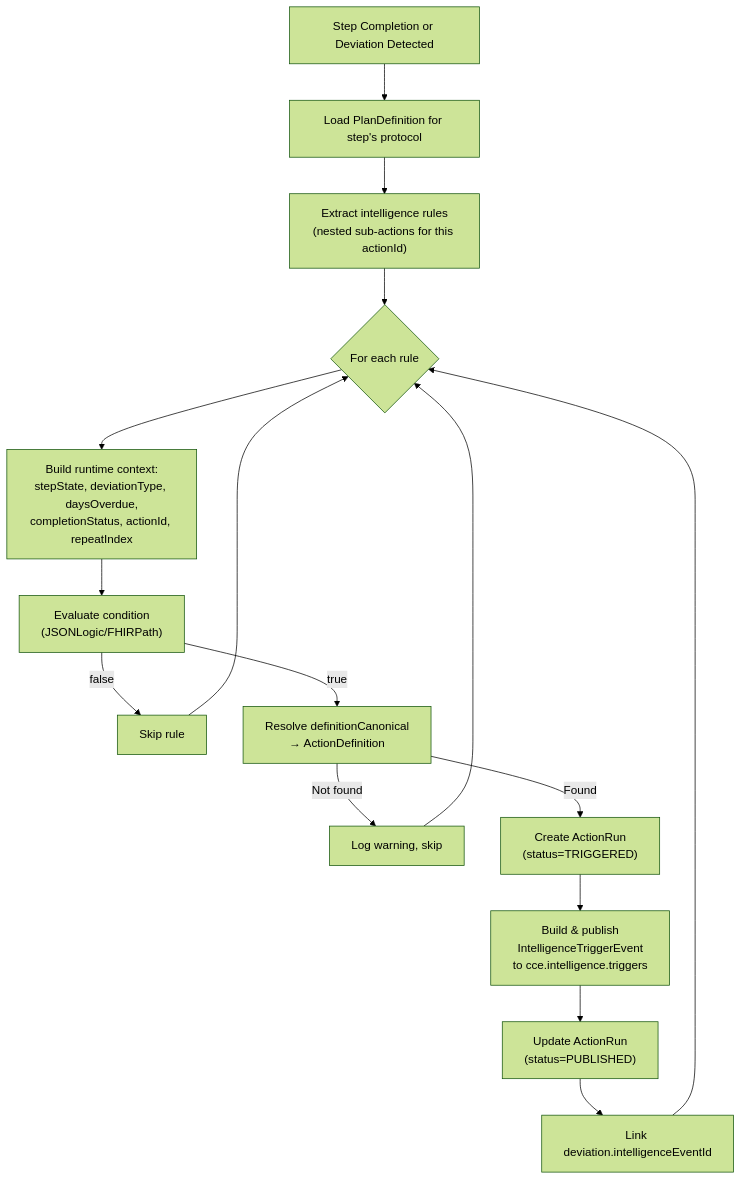
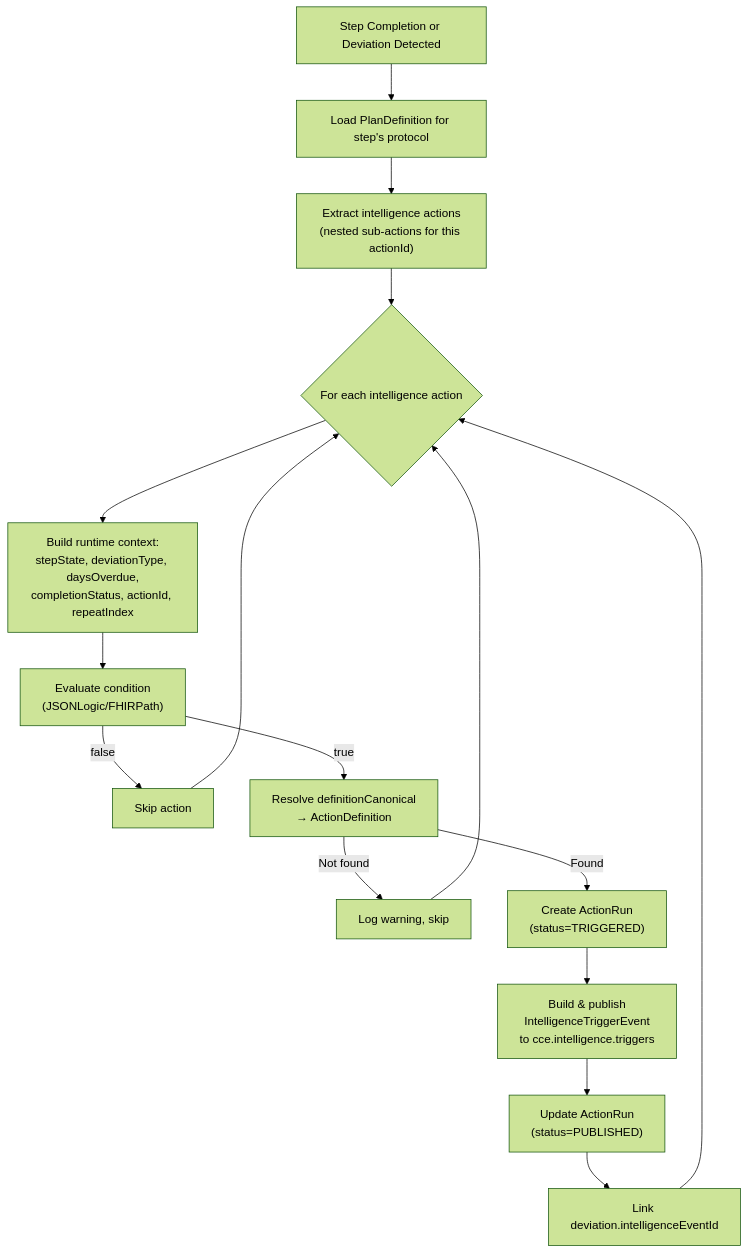
One commit to Jayaprakash8887/cce-compliance-service changed the seventh of 8 diagrams in docs/architecture-overview.md. Above: the diagram before and after it, drawn with Mermaid (forest theme). The commit also changed other lines of this file and 1 other file, not shown here.

Commit message:
Update to resolve confusion between rule and action

````diff
--- a/docs/architecture-overview.md
+++ b/docs/architecture-overview.md
@@ -473,22 +473,22 @@
 ```mermaid
 flowchart TD
     TRIGGER["Step Completion or Deviation Detected"] --> LOAD["Load PlanDefinition for step's protocol"]
-    LOAD --> EXTRACT["Extract intelligence rules<br/>(nested sub-actions for this actionId)"]
-    EXTRACT --> LOOP{"For each rule"}
+    LOAD --> EXTRACT["Extract intelligence actions<br/>(nested sub-actions for this actionId)"]
+    EXTRACT --> LOOP{"For each intelligence action"}
 
     LOOP --> BUILD["Build runtime context:<br/>stepState, deviationType, daysOverdue,<br/>completionStatus, actionId, repeatIndex"]
     BUILD --> EVAL["Evaluate condition<br/>(JSONLogic/FHIRPath)"]
 
-    EVAL -->|"false"| SKIP["Skip rule"]
+    EVAL -->|"false"| SKIP["Skip action"]
     EVAL -->|"true"| RESOLVE["Resolve definitionCanonical<br/>→ ActionDefinition"]
 
     RESOLVE -->|"Not found"| LOG_SKIP["Log warning, skip"]
     RESOLVE -->|"Found"| RUN["Create ActionRun<br/>(status=TRIGGERED)"]
     RUN --> PUB["Build & publish<br/>IntelligenceTriggerEvent<br/>to cce.intelligence.triggers"]
     PUB --> UPDATE["Update ActionRun<br/>(status=PUBLISHED)"]
     UPDATE --> LINK["Link deviation.intelligenceEventId"]
 
     SKIP --> LOOP
     LOG_SKIP --> LOOP
     LINK --> LOOP
 ```
````
